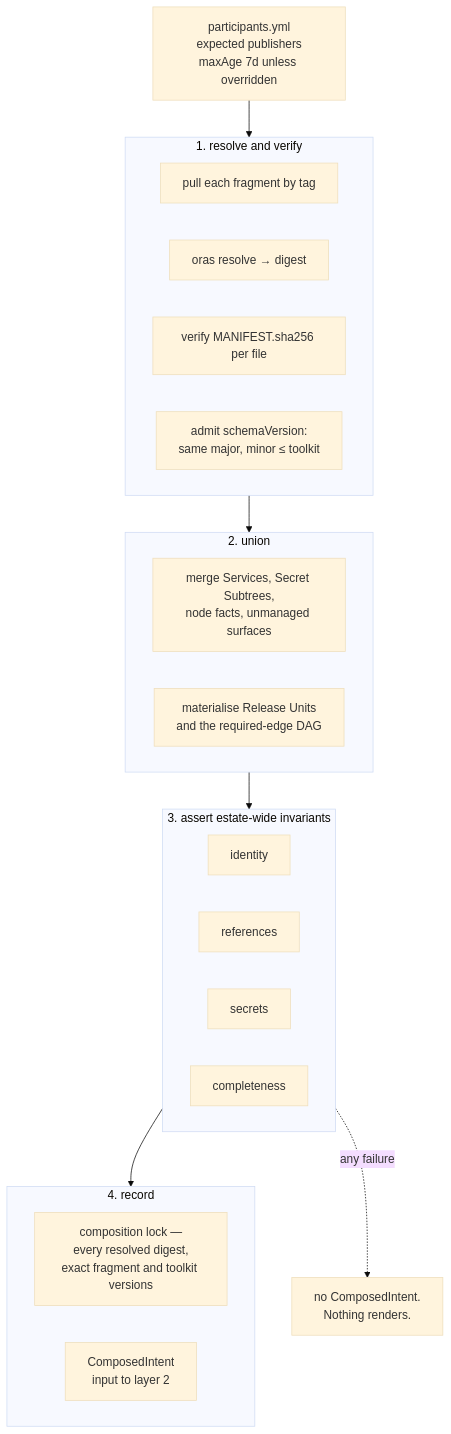
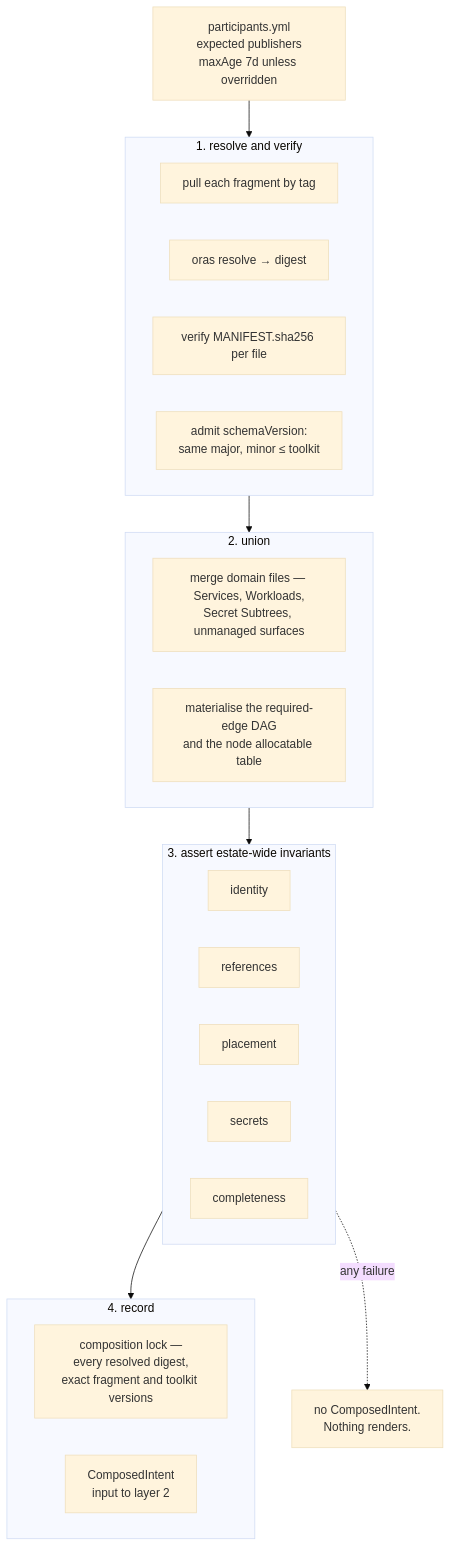
One commit to JorisJonkers-dev/deploy-kit changed the diagram in spec/v1/40-composition.md. Above: the diagram before and after it, drawn with Mermaid (base theme). The commit also changed other lines of this file and 43 other files, not shown here.

First line of the commit message:
feat!: placement dimensions and one intent file per domain (#9)

````diff
--- a/spec/v1/40-composition.md
+++ b/spec/v1/40-composition.md
@@ -115,34 +138,35 @@
 ```mermaid
 flowchart TB
     P["participants.yml<br/>expected publishers<br/>maxAge 7d unless overridden"]
 
     subgraph PULL["1. resolve and verify"]
         p1["pull each fragment by tag"]
         p2["oras resolve → digest"]
         p3["verify MANIFEST.sha256 per file"]
         p4["admit schemaVersion:<br/>same major, minor ≤ toolkit"]
     end
 
     subgraph UNION["2. union"]
-        u1["merge Services, Secret Subtrees,<br/>node facts, unmanaged surfaces"]
-        u2["materialise Release Units<br/>and the required-edge DAG"]
+        u1["merge domain files — Services, Workloads,<br/>Secret Subtrees, unmanaged surfaces"]
+        u2["materialise the required-edge DAG<br/>and the node allocatable table"]
     end
 
     subgraph ASSERT["3. assert estate-wide invariants"]
         a1["identity"]
         a2["references"]
-        a3["secrets"]
-        a4["completeness"]
+        a3["placement"]
+        a4["secrets"]
+        a5["completeness"]
     end
 
     subgraph OUT["4. record"]
         o1["composition lock —<br/>every resolved digest,<br/>exact fragment and toolkit versions"]
         o2["ComposedIntent<br/>input to layer 2"]
     end
 
     P --> PULL
     PULL --> UNION
     UNION --> ASSERT
     ASSERT --> OUT
     ASSERT -.->|"any failure"| X["no ComposedIntent.<br/>Nothing renders."]
 ```
````
